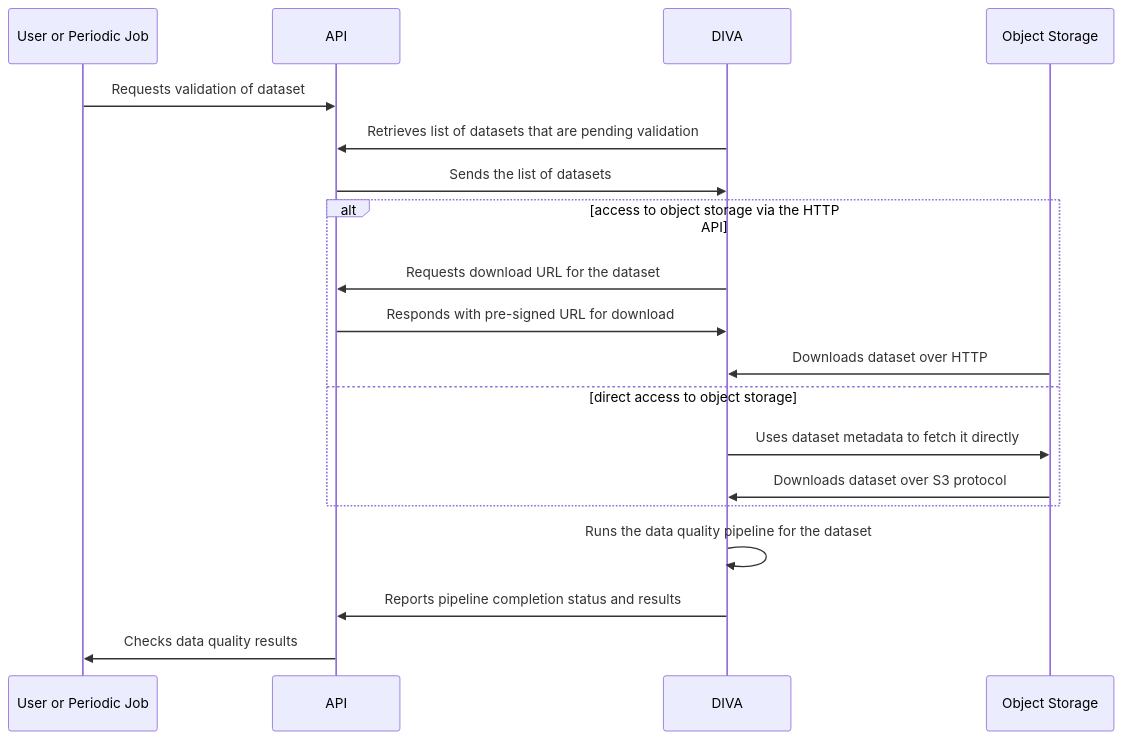
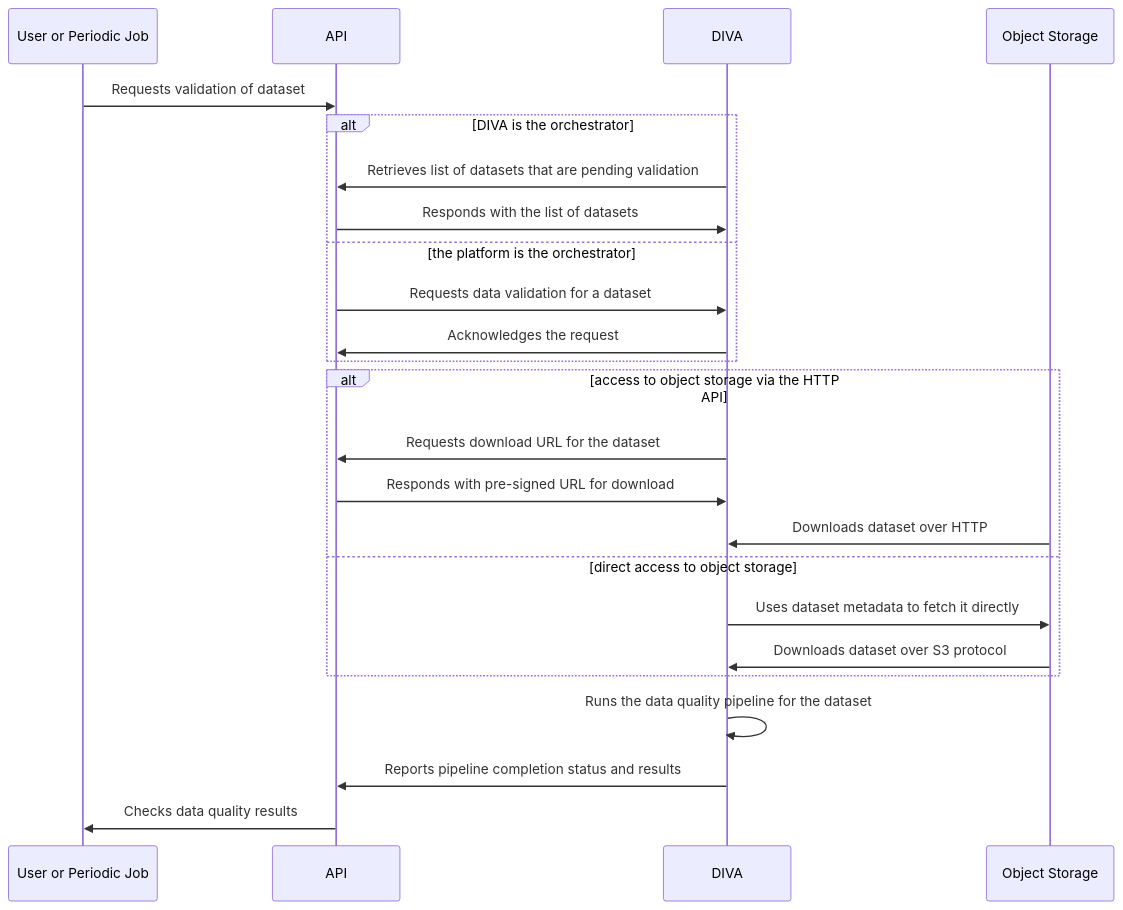
One commit to MODERATE-Project/moderate-docs changed the diagram in docs/developer-guide/diva.md. Above: the diagram before and after it, drawn with Mermaid. The commit also changed other lines of this file, not shown here.

````diff
--- a/docs/developer-guide/diva.md
+++ b/docs/developer-guide/diva.md
@@ -24,21 +24,26 @@
 ```mermaid
 sequenceDiagram
     participant USER as User or Periodic Job
     participant API
     participant DIVA
     participant S3 as Object Storage
     USER->>API: Requests validation of dataset
-    DIVA->>API: Retrieves list of datasets that are pending validation
-    API->>DIVA: Sends the list of datasets
+    alt DIVA is the orchestrator
+        DIVA->>API: Retrieves list of datasets that are pending validation
+        API->>DIVA: Responds with the list of datasets
+    else the platform is the orchestrator
+        API->>DIVA: Requests data validation for a dataset
+        DIVA->>API: Acknowledges the request
+    end
     alt access to object storage via the HTTP API
         DIVA->>API: Requests download URL for the dataset
         API->>DIVA: Responds with pre-signed URL for download 
         S3->>DIVA: Downloads dataset over HTTP
     else direct access to object storage
         DIVA->>S3: Uses dataset metadata to fetch it directly
         S3->>DIVA: Downloads dataset over S3 protocol
     end
     DIVA->>DIVA: Runs the data quality pipeline for the dataset
     DIVA->>API: Reports pipeline completion status and results
     API->>USER: Checks data quality results 
 ```
````
